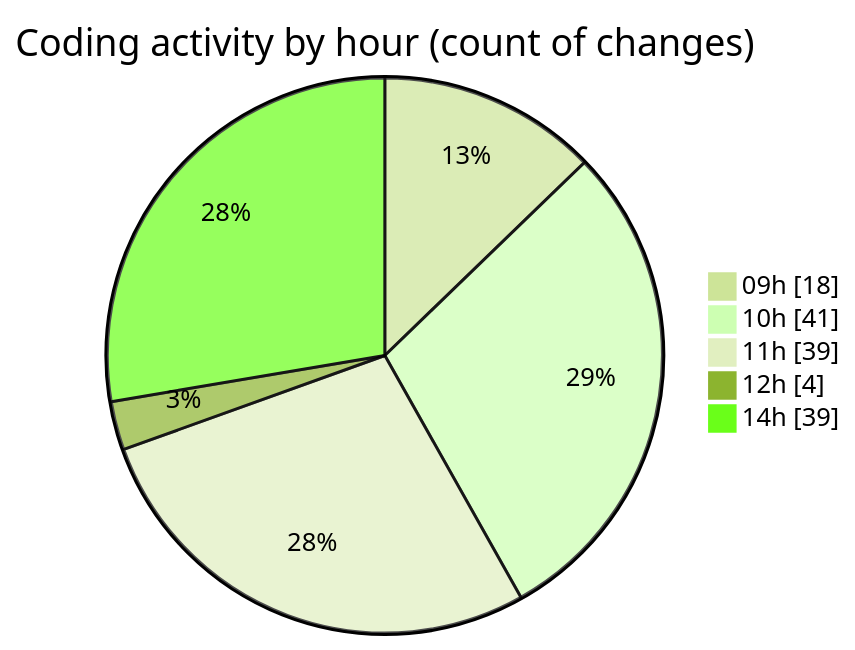
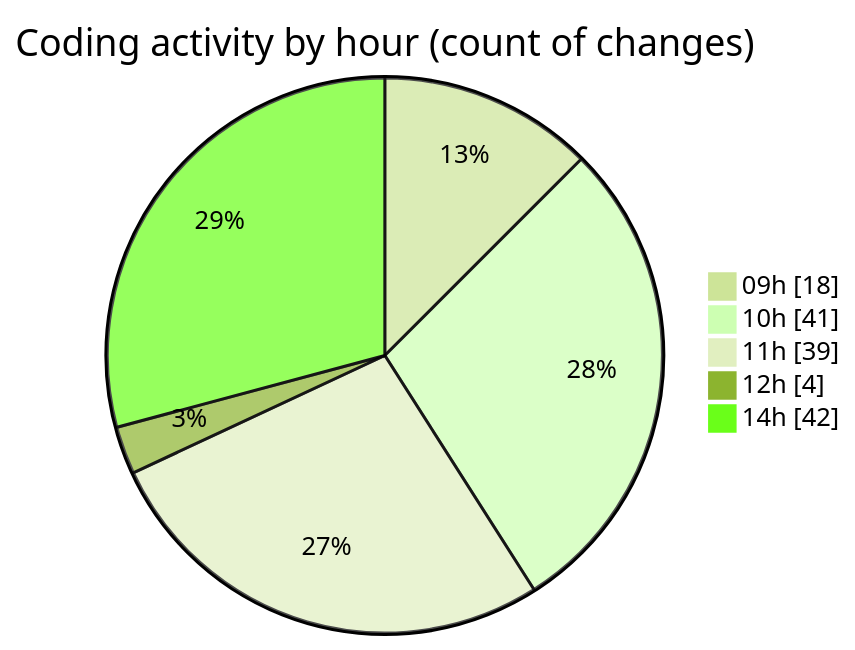
The second of 2 diagrams in 2025-02-11/cda/README.md (momahboobian/code-tracking), drawn with Mermaid (forest theme) before and after one commit. The commit also changed other lines of this file and 1 other file, not shown here.

````diff
--- a/2025-02-11/cda/README.md
+++ b/2025-02-11/cda/README.md
@@ -32,9 +32,9 @@
 ```mermaid
 pie showData
 title Coding activity by hour (count of changes)
 "09h" : 18
 "10h" : 41
 "11h" : 39
 "12h" : 4
-"14h" : 39
+"14h" : 42
 ```
````
